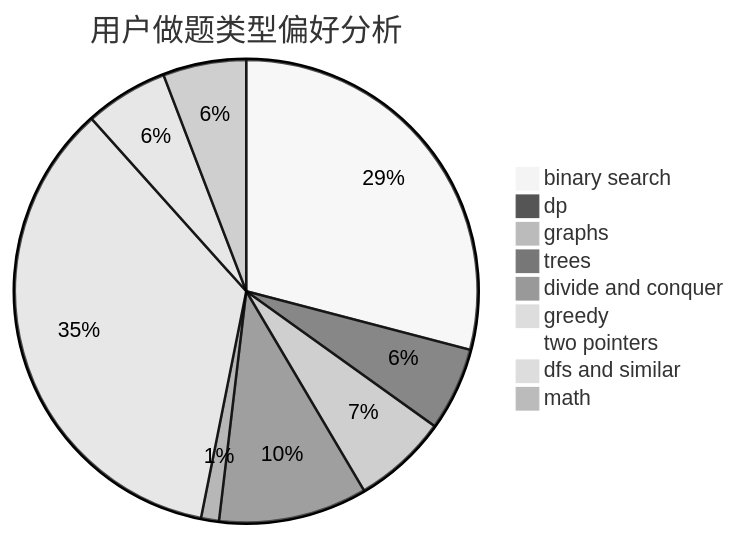
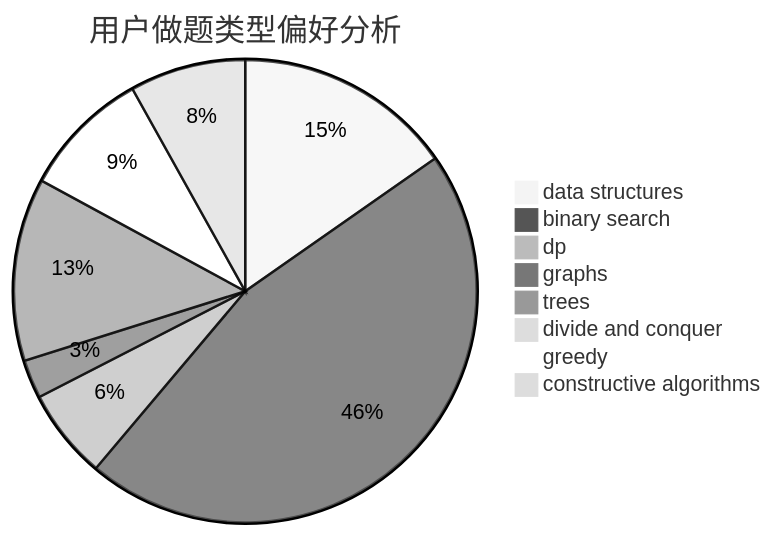
One commit to sherpahu/cfrs.github.io changed the second of 3 diagrams in docs/user/u1706.md. Above: the diagram before and after it, drawn with Mermaid (neutral theme). The commit also changed other lines of this file and 2775 other files, not shown here.

````diff
--- a/docs/user/u1706.md
+++ b/docs/user/u1706.md
@@ -23,12 +23,11 @@
 ```mermaid
 pie title 用户做题类型偏好分析
+    "data structures" :  85
     "binary search" :  255
-    "dp" :  51
-    "graphs" :  58
-    "trees" :  91
-    "divide and conquer" :  11
-    "greedy" :  309
-    "two pointers" :  0
-    "dfs and similar" :  51
-    "math" :  51
+    "dp" :  35
+    "graphs" :  15
+    "trees" :  71
+    "divide and conquer" :  0
+    "greedy" :  50
+    "constructive algorithms" :  45
 ```
````
